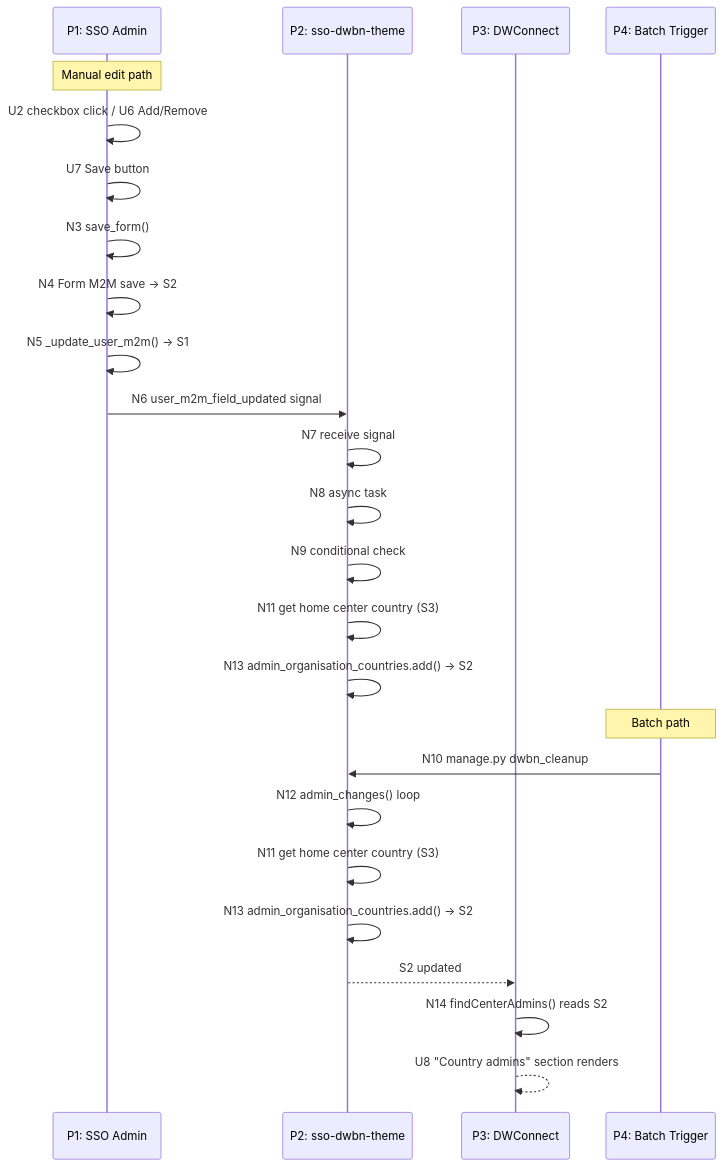
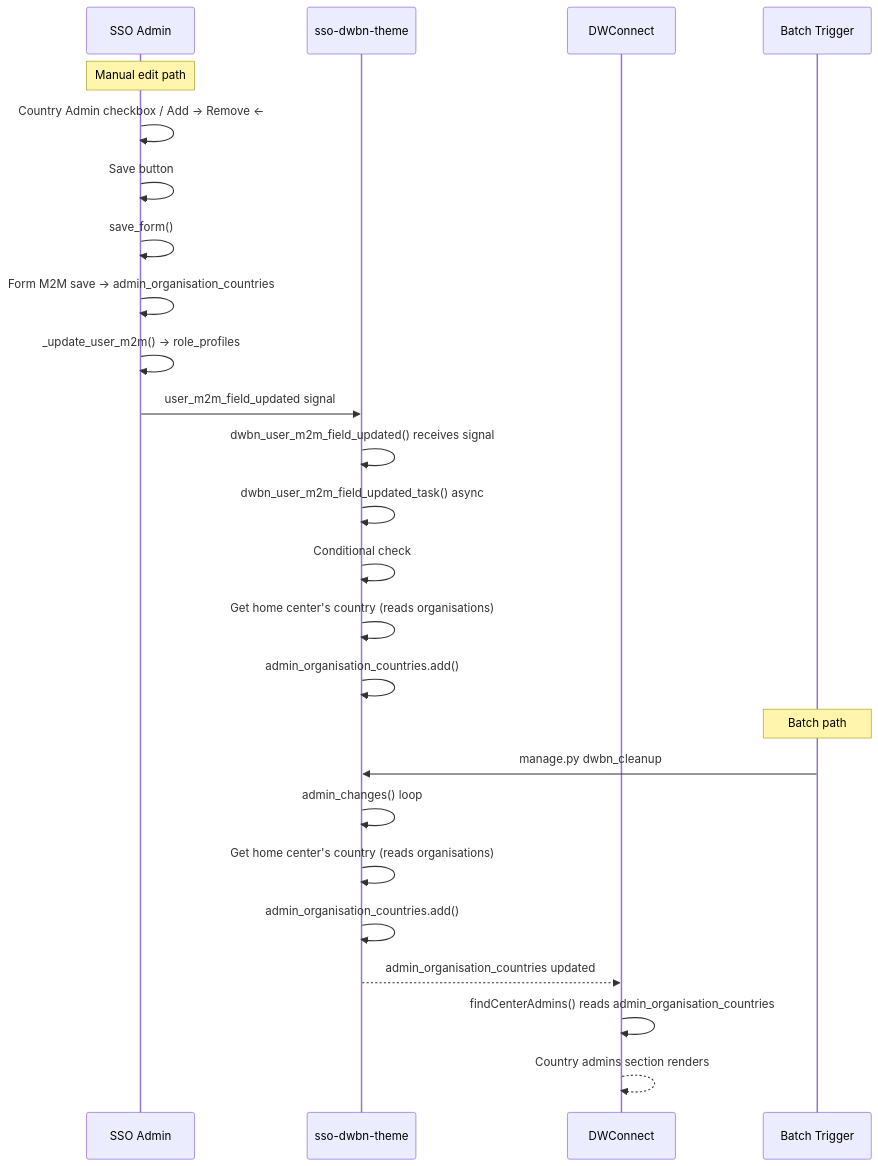
Before and after one commit to nosakhare/shaping-skills: the second of 4 diagrams in breadboarding/EXAMPLES.md, drawn with Mermaid. The commit also changed other lines of this file and 4 other files, not shown here.

````diff
--- a/breadboarding/EXAMPLES.md
+++ b/breadboarding/EXAMPLES.md
@@ -91,31 +91,31 @@
 ```mermaid
 sequenceDiagram
-    participant P1 as P1: SSO Admin
-    participant P2 as P2: sso-dwbn-theme
-    participant P3 as P3: DWConnect
-    participant P4 as P4: Batch Trigger
+    participant SSO as SSO Admin
+    participant Theme as sso-dwbn-theme
+    participant DW as DWConnect
+    participant Batch as Batch Trigger
 
-    Note over P1: Manual edit path
-    P1->>P1: U2 checkbox click / U6 Add/Remove
-    P1->>P1: U7 Save button
-    P1->>P1: N3 save_form()
-    P1->>P1: N4 Form M2M save → S2
-    P1->>P1: N5 _update_user_m2m() → S1
-    P1->>P2: N6 user_m2m_field_updated signal
+    Note over SSO: Manual edit path
+    SSO->>SSO: Country Admin checkbox / Add → Remove ←
+    SSO->>SSO: Save button
+    SSO->>SSO: save_form()
+    SSO->>SSO: Form M2M save → admin_organisation_countries
+    SSO->>SSO: _update_user_m2m() → role_profiles
+    SSO->>Theme: user_m2m_field_updated signal
 
-    P2->>P2: N7 receive signal
-    P2->>P2: N8 async task
-    P2->>P2: N9 conditional check
-    P2->>P2: N11 get home center country (S3)
-    P2->>P2: N13 admin_organisation_countries.add() → S2
+    Theme->>Theme: dwbn_user_m2m_field_updated() receives signal
+    Theme->>Theme: dwbn_user_m2m_field_updated_task() async
+    Theme->>Theme: Conditional check
+    Theme->>Theme: Get home center's country (reads organisations)
+    Theme->>Theme: admin_organisation_countries.add()
 
-    Note over P4: Batch path
-    P4->>P2: N10 manage.py dwbn_cleanup
-    P2->>P2: N12 admin_changes() loop
-    P2->>P2: N11 get home center country (S3)
-    P2->>P2: N13 admin_organisation_countries.add() → S2
+    Note over Batch: Batch path
+    Batch->>Theme: manage.py dwbn_cleanup
+    Theme->>Theme: admin_changes() loop
+    Theme->>Theme: Get home center's country (reads organisations)
+    Theme->>Theme: admin_organisation_countries.add()
 
-    P2-->>P3: S2 updated
-    P3->>P3: N14 findCenterAdmins() reads S2
-    P3-->>P3: U8 "Country admins" section renders
+    Theme-->>DW: admin_organisation_countries updated
+    DW->>DW: findCenterAdmins() reads admin_organisation_countries
+    DW-->>DW: Country admins section renders
 ```
````
